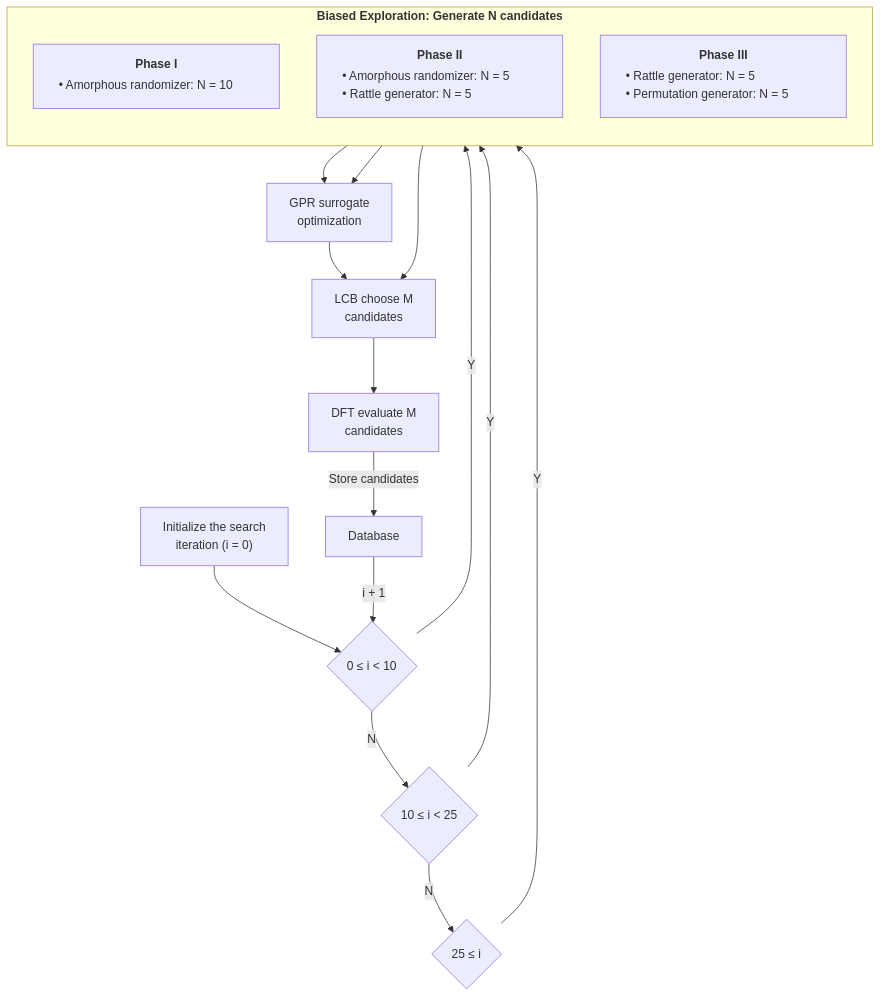
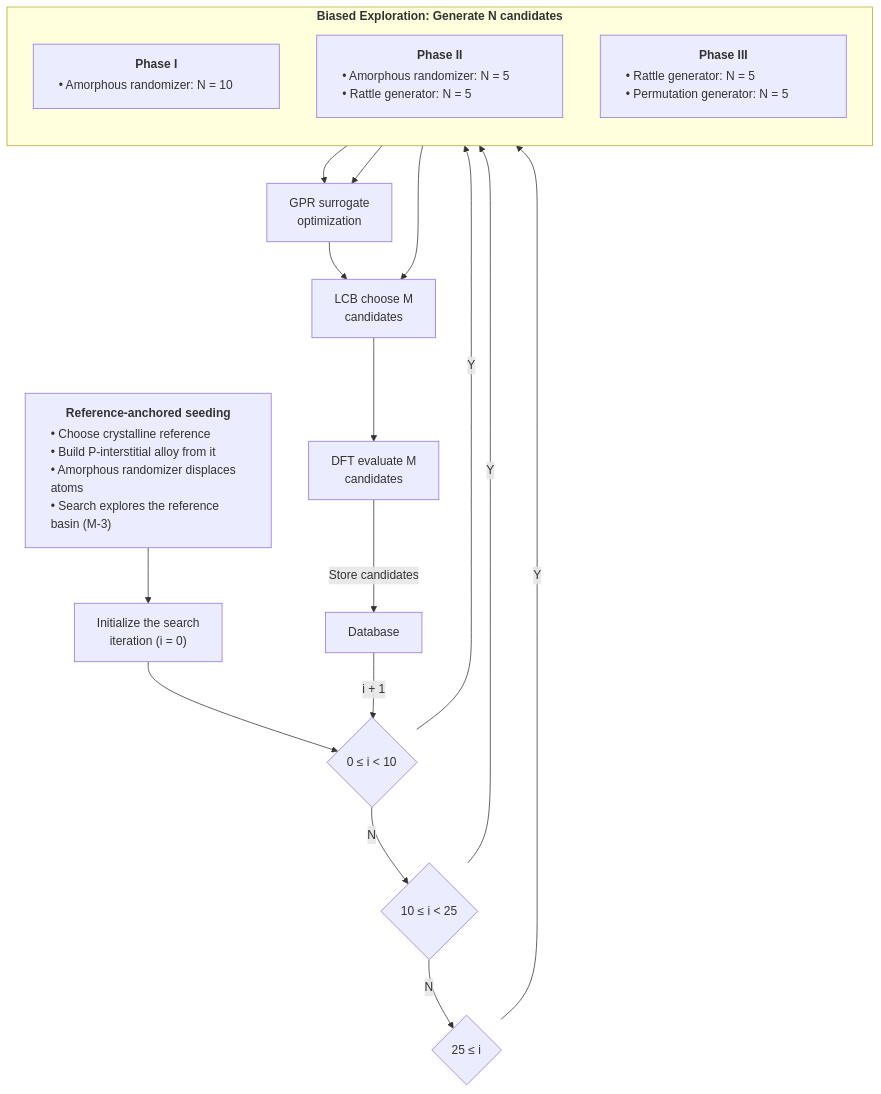
Before and after one commit to andim53/phd_research_v2: the diagram in paper_amorphous/papers/paper1/CLAIMS.md, drawn with Mermaid. The commit also changed other lines of this file and 1 other file, not shown here.

First line of the commit message:
paper_amorphous: CLAIMS v4 — promote reference-dependence from limitation to method component

````diff
--- a/paper_amorphous/papers/paper1/CLAIMS.md
+++ b/paper_amorphous/papers/paper1/CLAIMS.md
@@ -90,35 +97,37 @@
 ```mermaid
 flowchart TD
+    Ref["<b>Reference-anchored seeding</b><div style='text-align: left; min-width: 260px; padding: 4px;'>• Choose crystalline reference<br/>• Build P-interstitial alloy from it<br/>• Amorphous randomizer displaces atoms<br/>• Search explores the reference basin (M-3)</div>"]
     Init["Initialize the search<br/>iteration (i = 0)"]
     D1{"0 ≤ i < 10"}
     D2{"10 ≤ i < 25"}
     D3{"25 ≤ i"}
 
     subgraph BE ["<b>Biased Exploration: Generate N candidates</b>"]
         direction TB
         P1["<b>Phase I</b><div style='text-align: left; min-width: 260px; padding: 4px;'>• Amorphous randomizer:&nbsp;N&nbsp;=&nbsp;10</div>"]
         P2["<b>Phase II</b><div style='text-align: left; min-width: 260px; padding: 4px;'>• Amorphous randomizer:&nbsp;N&nbsp;=&nbsp;5<br/>• Rattle generator:&nbsp;N&nbsp;=&nbsp;5</div>"]
         P3["<b>Phase III</b><div style='text-align: left; min-width: 260px; padding: 4px;'>• Rattle generator:&nbsp;N&nbsp;=&nbsp;5<br/>• Permutation generator:&nbsp;N&nbsp;=&nbsp;5</div>"]
     end
 
     GPR["GPR surrogate<br/>optimization"]
     LCB["LCB choose M<br/>candidates"]
     DFT["DFT evaluate M<br/>candidates"]
     DB["Database"]
 
+    Ref --> Init
     Init --> D1
     D1 -->|Y| P1
     D1 -->|N| D2
     D2 -->|Y| P2
     D2 -->|N| D3
     D3 -->|Y| P3
 
     P1 --> LCB
     P2 --> GPR
     P3 --> GPR
 
     GPR --> LCB
     LCB --> DFT
     DFT -->|Store candidates| DB
     DB -->|i + 1| D1
 ```
````
